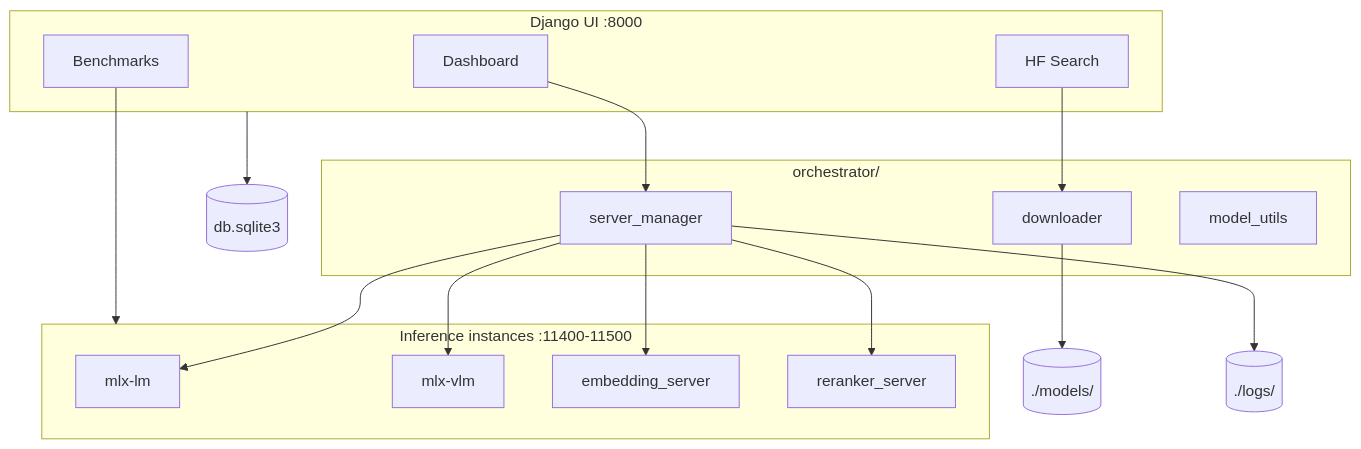
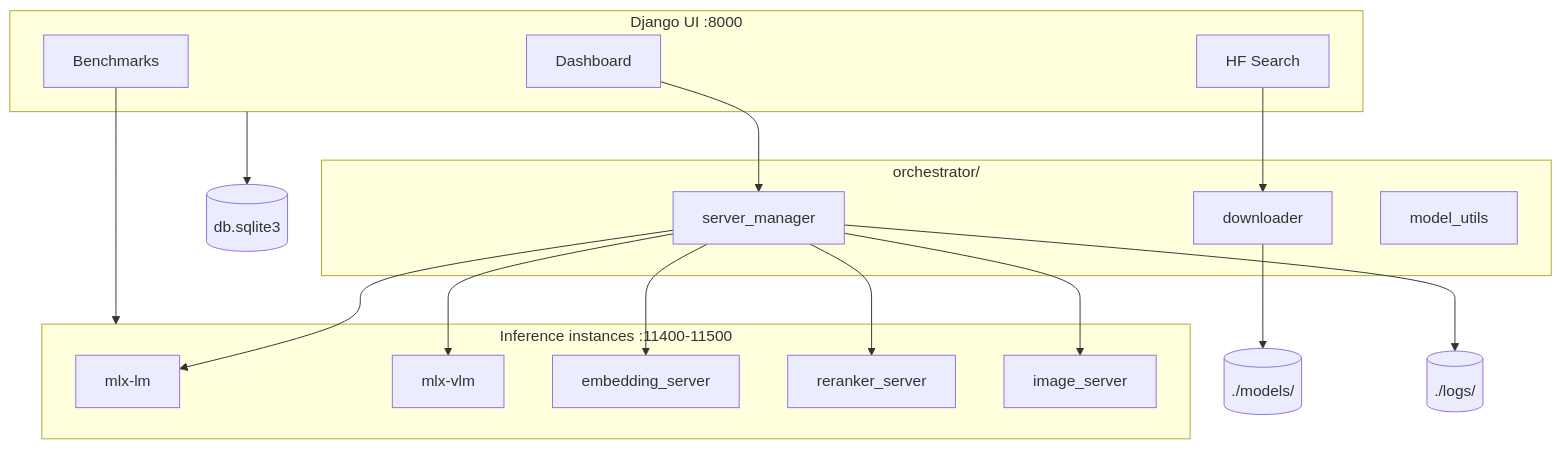
One commit to assiadialeb/nadir-mlx changed the diagram in README.md. Above: the diagram before and after it, drawn with Mermaid. The commit also changed other lines of this file and 12 other files, not shown here.

First line of the commit message:
feat: add image generation capabilities to MLX Server

````diff
--- a/README.md
+++ b/README.md
@@ -58,33 +68,34 @@
 ```mermaid
 flowchart TB
     subgraph UI["Django UI :8000"]
         Dashboard[Dashboard]
         Search[HF Search]
         Benchmark[Benchmarks]
     end
 
     subgraph Orchestrator["orchestrator/"]
         SM[server_manager]
         DL[downloader]
         MU[model_utils]
     end
 
     subgraph Instances["Inference instances :11400-11500"]
         TEXT[mlx-lm]
         VLM[mlx-vlm]
         EMB[embedding_server]
         RR[reranker_server]
+        IMG[image_server]
     end
 
     Models[(./models/)]
     Logs[(./logs/)]
     DB[(db.sqlite3)]
 
     Dashboard --> SM
     Search --> DL
     DL --> Models
-    SM --> TEXT & VLM & EMB & RR
+    SM --> TEXT & VLM & EMB & RR & IMG
     SM --> Logs
     UI --> DB
     Benchmark --> Instances
 ```
````
